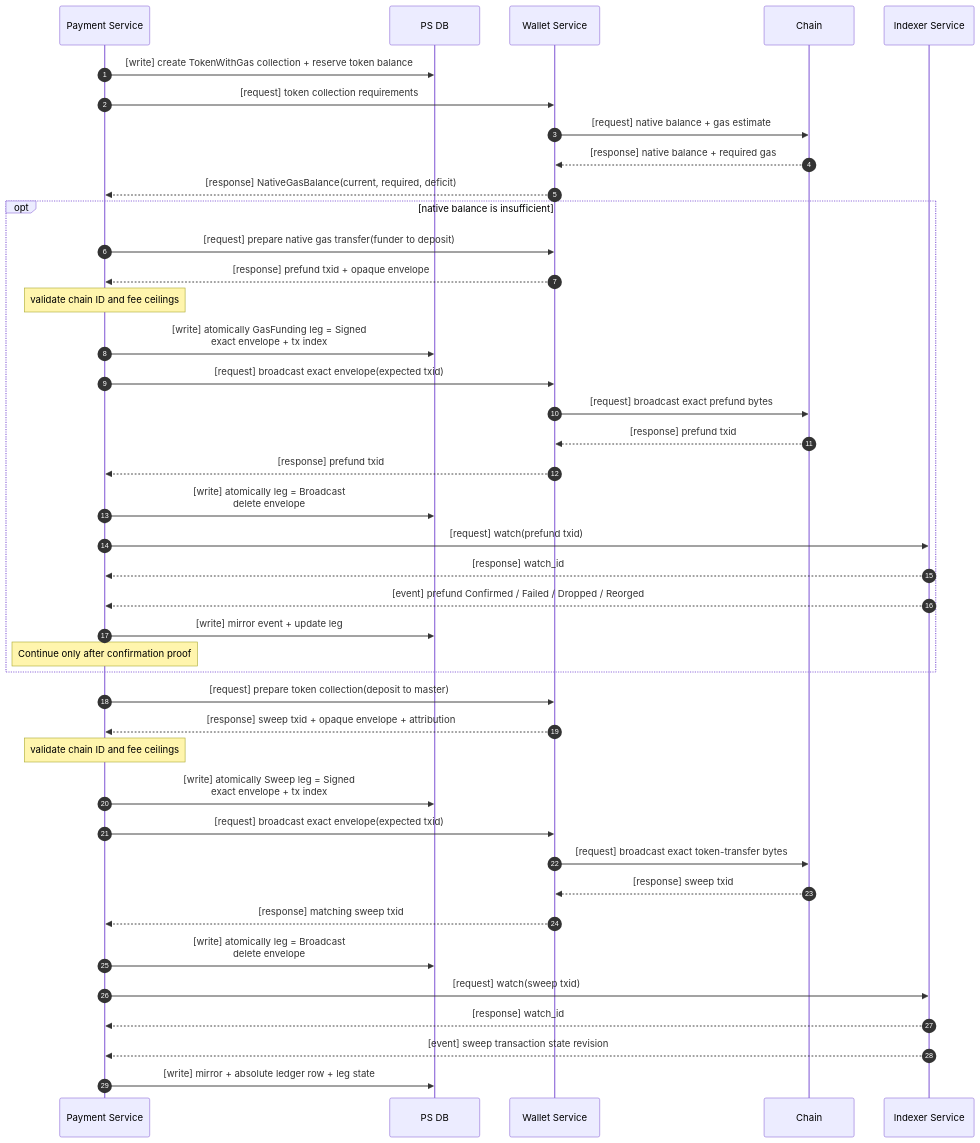
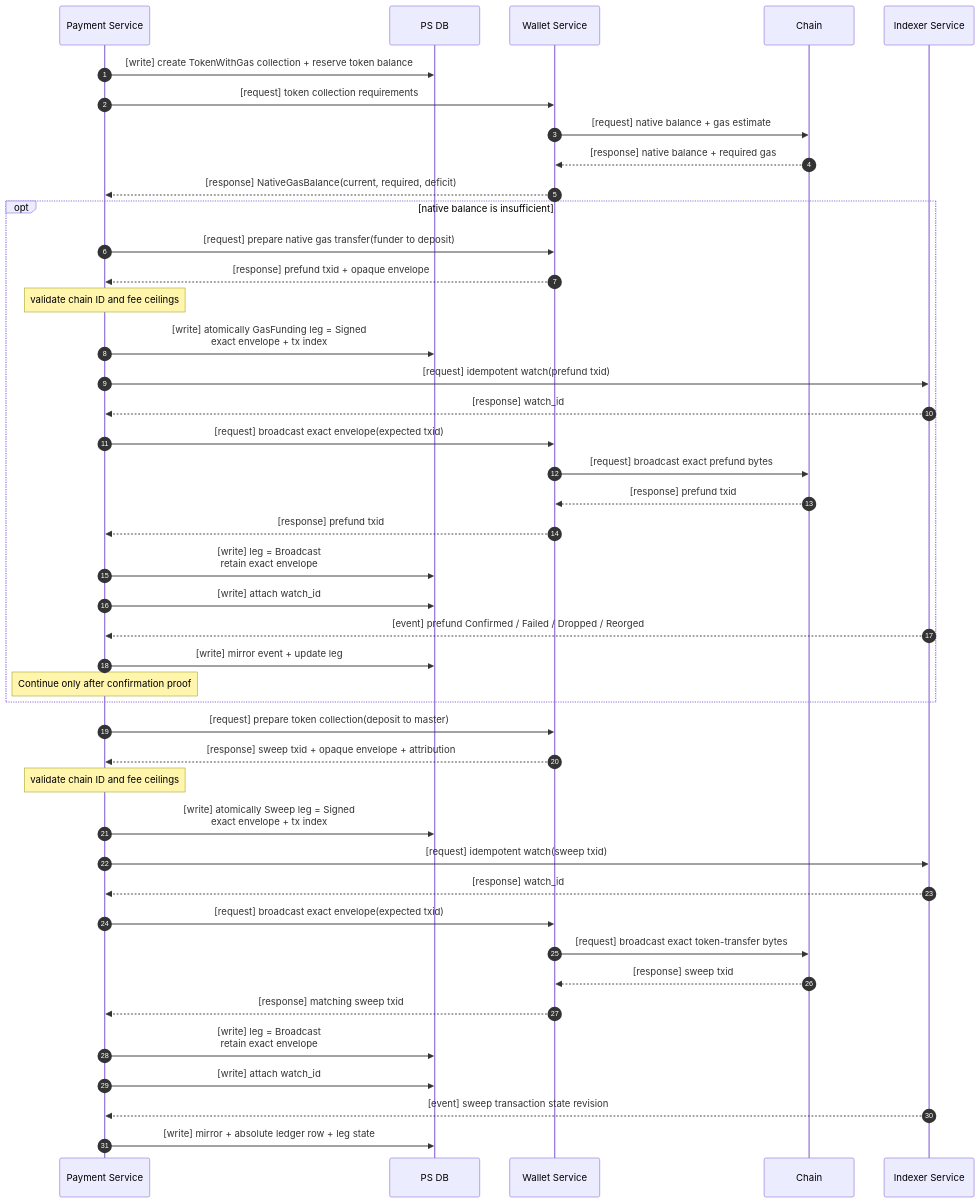
Diagram 16 of 17 in docs/SYSTEM_REQUIREMENTS.md (achiko/Payment-SDK), drawn with Mermaid before and after one commit. The commit also changed other lines of this file and 545 other files, not shown here.

Commit message:
refactor payment sdk architecture

````diff
--- a/docs/SYSTEM_REQUIREMENTS.md
+++ b/docs/SYSTEM_REQUIREMENTS.md
@@ -876,46 +938,48 @@
 ```mermaid
 sequenceDiagram
     autonumber
     participant PS as Payment Service
     participant PSDB as PS DB
     participant WS as Wallet Service
     participant Chain
     participant IX as Indexer Service
 
     PS->>PSDB: [write] create TokenWithGas collection + reserve token balance
     PS->>WS: [request] token collection requirements
     WS->>Chain: [request] native balance + gas estimate
     Chain-->>WS: [response] native balance + required gas
     WS-->>PS: [response] NativeGasBalance(current, required, deficit)
 
     opt native balance is insufficient
         PS->>WS: [request] prepare native gas transfer(funder to deposit)
         WS-->>PS: [response] prefund txid + opaque envelope
         Note over PS: validate chain ID and fee ceilings
         PS->>PSDB: [write] atomically GasFunding leg = Signed<br/>exact envelope + tx index
+        PS->>IX: [request] idempotent watch(prefund txid)
+        IX-->>PS: [response] watch_id
         PS->>WS: [request] broadcast exact envelope(expected txid)
         WS->>Chain: [request] broadcast exact prefund bytes
         Chain-->>WS: [response] prefund txid
         WS-->>PS: [response] prefund txid
-        PS->>PSDB: [write] atomically leg = Broadcast<br/>delete envelope
-        PS->>IX: [request] watch(prefund txid)
-        IX-->>PS: [response] watch_id
+        PS->>PSDB: [write] leg = Broadcast<br/>retain exact envelope
+        PS->>PSDB: [write] attach watch_id
         IX-->>PS: [event] prefund Confirmed / Failed / Dropped / Reorged
         PS->>PSDB: [write] mirror event + update leg
         Note over PS: Continue only after confirmation proof
     end
 
     PS->>WS: [request] prepare token collection(deposit to master)
     WS-->>PS: [response] sweep txid + opaque envelope + attribution
     Note over PS: validate chain ID and fee ceilings
     PS->>PSDB: [write] atomically Sweep leg = Signed<br/>exact envelope + tx index
+    PS->>IX: [request] idempotent watch(sweep txid)
+    IX-->>PS: [response] watch_id
     PS->>WS: [request] broadcast exact envelope(expected txid)
     WS->>Chain: [request] broadcast exact token-transfer bytes
     Chain-->>WS: [response] sweep txid
     WS-->>PS: [response] matching sweep txid
-    PS->>PSDB: [write] atomically leg = Broadcast<br/>delete envelope
-    PS->>IX: [request] watch(sweep txid)
-    IX-->>PS: [response] watch_id
+    PS->>PSDB: [write] leg = Broadcast<br/>retain exact envelope
+    PS->>PSDB: [write] attach watch_id
     IX-->>PS: [event] sweep transaction state revision
     PS->>PSDB: [write] mirror + absolute ledger row + leg state
 ```
````
